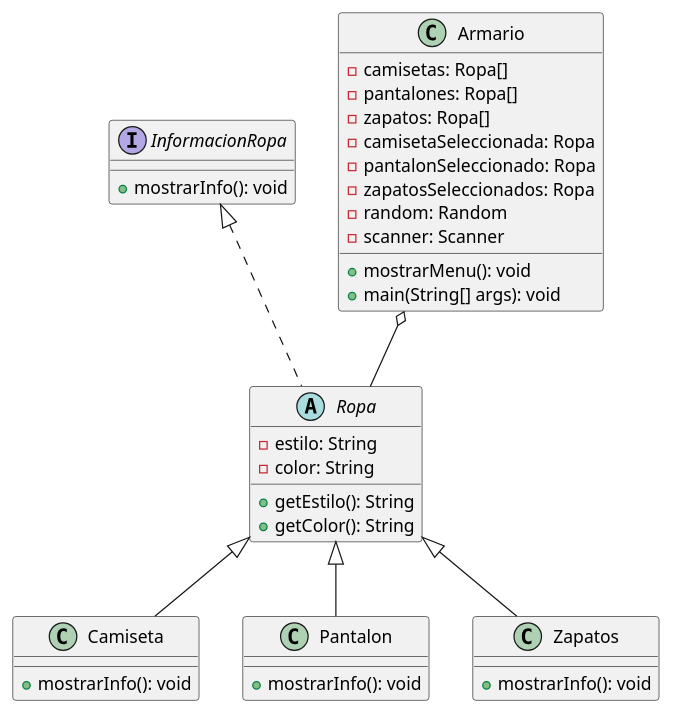
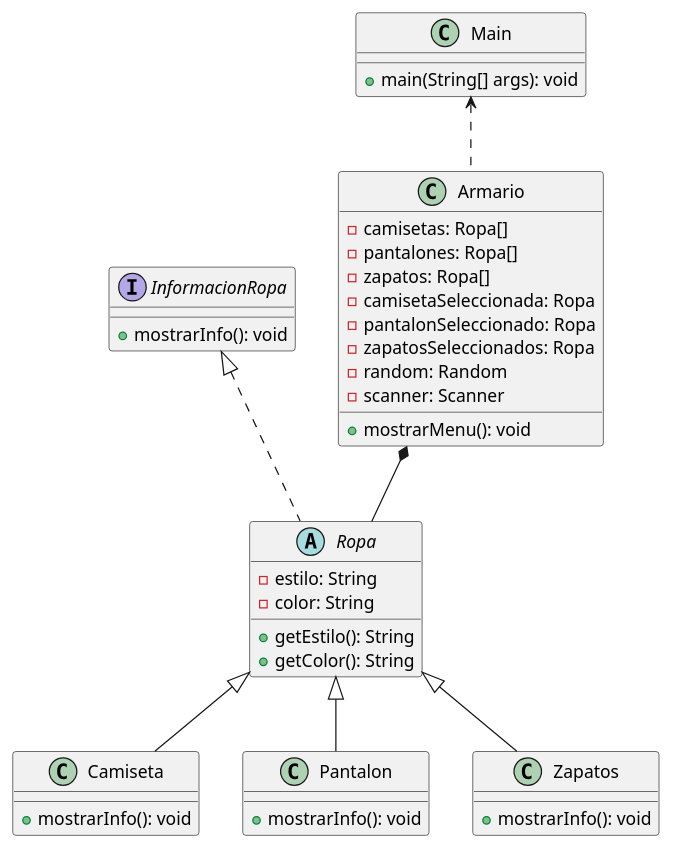
One commit to lauraax/programaDiagnostico changed the diagram in diagrama.plantuml. Above: the diagram before and after it, drawn with PlantUML. The commit also changed 1 other file, not shown here.

```diff
--- a/diagrama.plantuml
+++ b/diagrama.plantuml
@@ -1,44 +1,49 @@
 @startuml
 interface InformacionRopa {
     +mostrarInfo(): void
 }
 
 abstract class Ropa {
     -estilo: String
     -color: String
     +getEstilo(): String
     +getColor(): String
 }
 
 class Camiseta {
     +mostrarInfo(): void
 }
 
 class Pantalon {
     +mostrarInfo(): void
 }
 
 class Zapatos {
     +mostrarInfo(): void
 }
 
 class Armario {
     -camisetas: Ropa[]
     -pantalones: Ropa[]
     -zapatos: Ropa[]
     -camisetaSeleccionada: Ropa
     -pantalonSeleccionado: Ropa
     -zapatosSeleccionados: Ropa
     -random: Random
     -scanner: Scanner
     +mostrarMenu(): void
+    
+}
+
+class Main{
     +main(String[] args): void
 }
 
 InformacionRopa <|.. Ropa 
 Ropa <|-- Camiseta
 Ropa <|-- Pantalon
 Ropa <|-- Zapatos
 
-Armario o-- Ropa 
+Armario *-- Ropa 
+Main <.. Armario 
 @enduml
```
